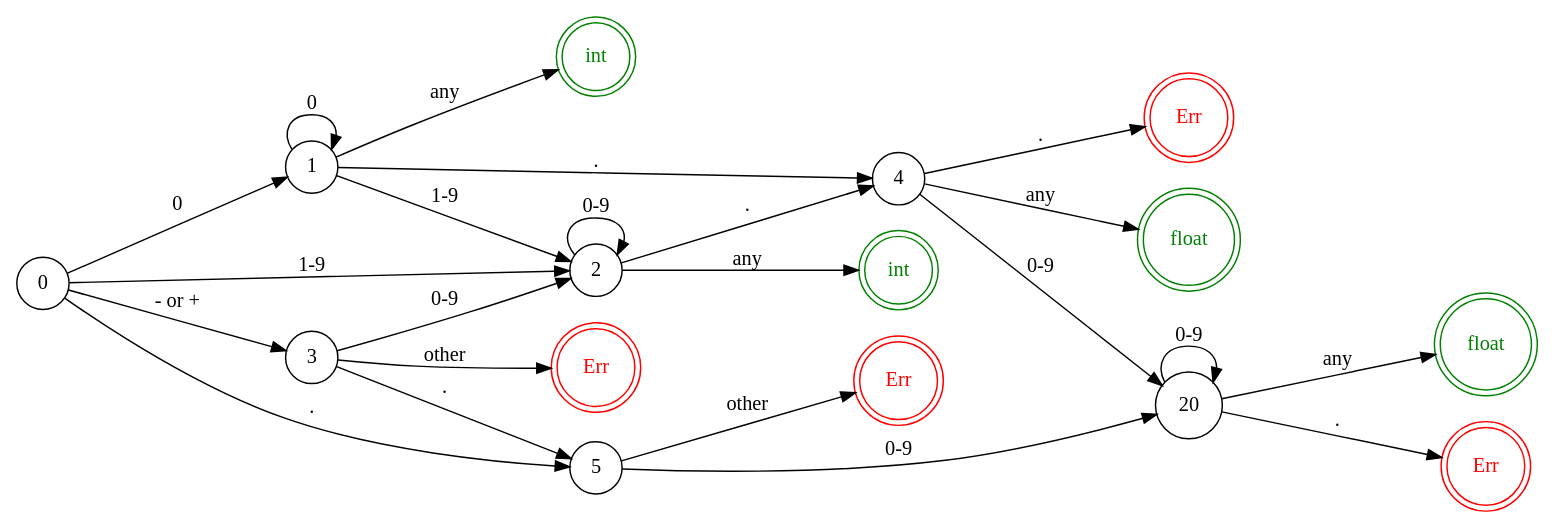
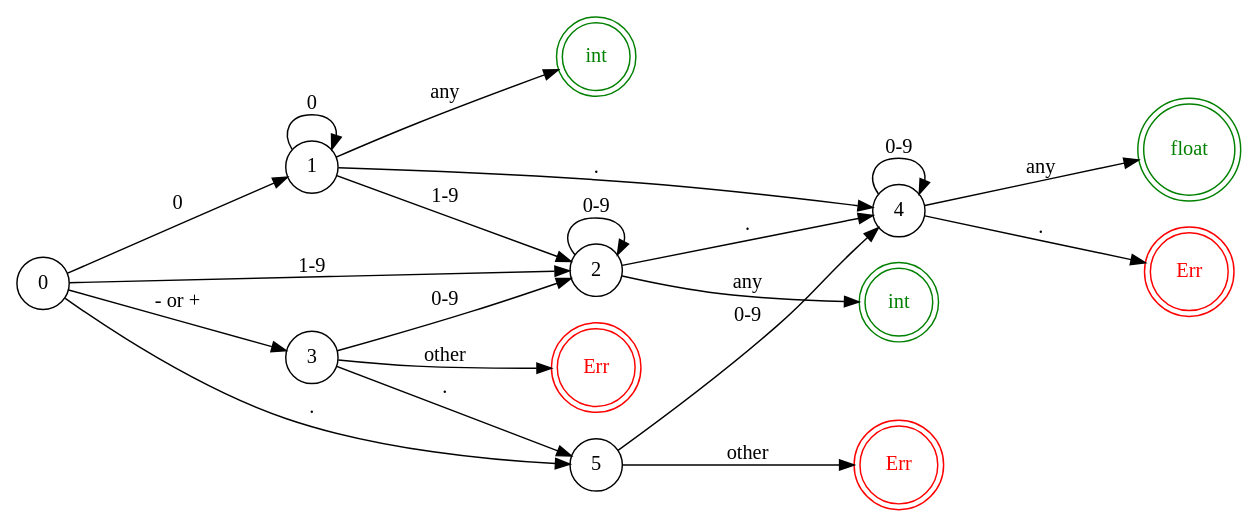
The diagram in misc/dot/lexer/number-sm.dot (ramroll/romantics), drawn with Graphviz before and after one commit. The commit also changed 1 other file, not shown here.

Commit message:
合并提取数字状态机中逻辑重复的状态4和20的switch分支，并更新状态图

```diff
--- a/misc/dot/lexer/number-sm.dot
+++ b/misc/dot/lexer/number-sm.dot
@@ -1,39 +1,38 @@
 digraph G {
 
   rankdir=LR;
   #splines=line;
   ranksep=1.5
   node [shape=circle]
   
-  end1,end2, end3, end4[shape=doublecircle, label="int", color=green, fontcolor=green]
-  end3, end4[label="float"]
-  error,error1,error2,error3[shape=doublecircle, label="Err", color=red, fontcolor=red]
+  end1,end2,end3[shape=doublecircle, label="int", color=green, fontcolor=green]
+  end3[label="float"]
+  error1,error2,error3[shape=doublecircle, label="Err", color=red, fontcolor=red]
   
   0->1[label="0"]
+  0->2[label="1-9"]
+  0->3[label="- or +"]
+  0->5[label="."]
   
   1->1[label="0"]
   1->2[label="1-9"]
+  1->4[label="."]
+  1->end1[label="any"]
+  
   2->2[label="0-9"]
-  1->4[label="."]
-  0->2[label="1-9"]
-  0->3[label="- or +"]
+  2->4[label="."]
+  2->end2[label="any"]
+  
+
   3->2[label="0-9"]
-  3->error3[label="other"]
   3->5[label="."]
-  0->5[label="."]
-  5->20[label="0-9"]
-  5->error1[label="other"]
-  4->20[label="0-9"]
-  2->4[label="."]
-  20 -> 20[label="0-9"]  
+  3->error1[label="other"]
   
+  4->4[label="0-9"]
+  4->error2[label="."]
+  4->end3[label="any"]
   
-  
-  1->end1[label="any"]
-  2->end2[label="any"]
-  4->error[label="."]
-  4->end3[label="any"]
-  20->end4[label="any"]
-  20->error2[label="."]
+  5->4[label="0-9"]
+  5->error3[label="other"]
   
 }
```
